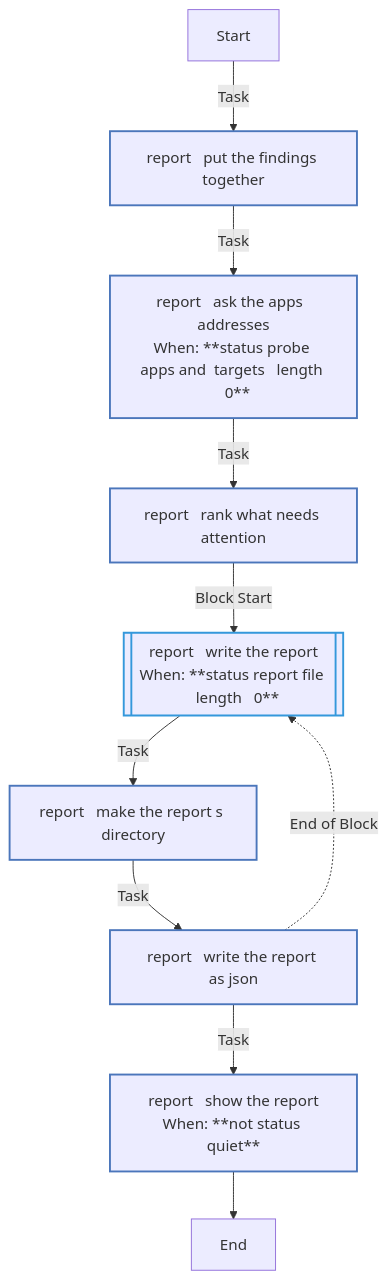
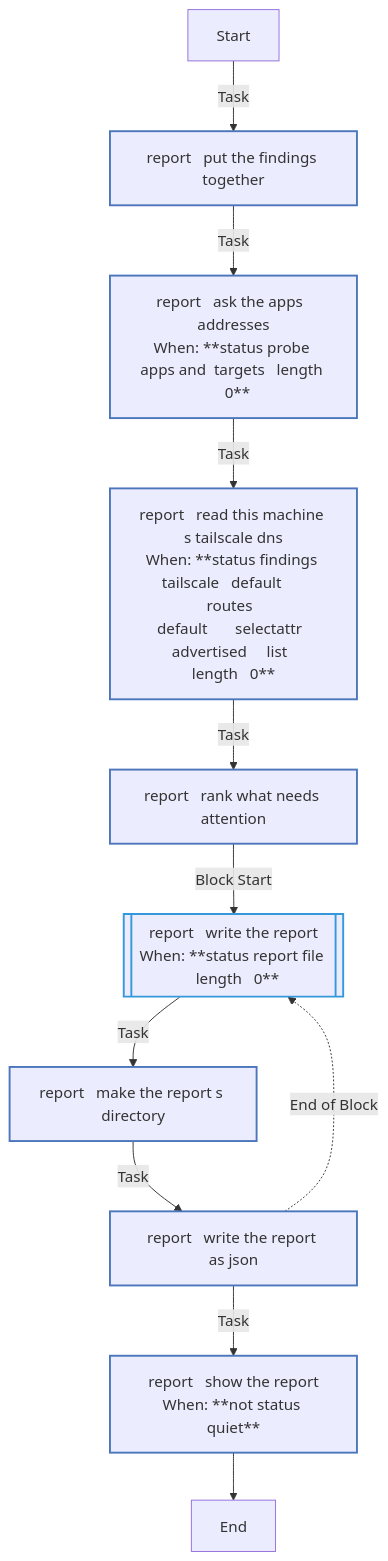
Before and after one commit to kawadeomkar/homeserver: the fourth of 4 diagrams in roles/status/REFERENCE.md, drawn with Mermaid. The commit also changed other lines of this file and 26 other files, not shown here.

````diff
--- a/roles/status/REFERENCE.md
+++ b/roles/status/REFERENCE.md
@@ -703,22 +715,23 @@
 ```mermaid
 flowchart TD
 Start
 classDef block stroke:#3498db,stroke-width:2px;
 classDef task stroke:#4b76bb,stroke-width:2px;
 classDef includeTasks stroke:#16a085,stroke-width:2px;
 classDef importTasks stroke:#34495e,stroke-width:2px;
 classDef includeRole stroke:#2980b9,stroke-width:2px;
 classDef importRole stroke:#699ba7,stroke-width:2px;
 classDef includeVars stroke:#8e44ad,stroke-width:2px;
 classDef rescue stroke:#665352,stroke-width:2px;
 
   Start-->|Task| report___Put_the_findings_together0[report   put the findings together]:::task
   report___Put_the_findings_together0-->|Task| report___Ask_the_apps__addresses1[report   ask the apps  addresses<br>When: **status probe apps and  targets   length   0**]:::task
-  report___Ask_the_apps__addresses1-->|Task| report___Rank_what_needs_attention2[report   rank what needs attention]:::task
-  report___Rank_what_needs_attention2-->|Block Start| report___Write_the_report3_block_start_0[[report   write the report<br>When: **status report file   length   0**]]:::block
-  report___Write_the_report3_block_start_0-->|Task| report___Make_the_report_s_directory0[report   make the report s directory]:::task
+  report___Ask_the_apps__addresses1-->|Task| report___Read_this_machine_s_Tailscale_DNS2[report   read this machine s tailscale dns<br>When: **status findings tailscale   default      routes  <br>default       selectattr  advertised     list  <br>length   0**]:::task
+  report___Read_this_machine_s_Tailscale_DNS2-->|Task| report___Rank_what_needs_attention3[report   rank what needs attention]:::task
+  report___Rank_what_needs_attention3-->|Block Start| report___Write_the_report4_block_start_0[[report   write the report<br>When: **status report file   length   0**]]:::block
+  report___Write_the_report4_block_start_0-->|Task| report___Make_the_report_s_directory0[report   make the report s directory]:::task
   report___Make_the_report_s_directory0-->|Task| report___Write_the_report_as_JSON1[report   write the report as json]:::task
-  report___Write_the_report_as_JSON1-.->|End of Block| report___Write_the_report3_block_start_0
-  report___Write_the_report_as_JSON1-->|Task| report___Show_the_report4[report   show the report<br>When: **not status quiet**]:::task
-  report___Show_the_report4-->End
+  report___Write_the_report_as_JSON1-.->|End of Block| report___Write_the_report4_block_start_0
+  report___Write_the_report_as_JSON1-->|Task| report___Show_the_report5[report   show the report<br>When: **not status quiet**]:::task
+  report___Show_the_report5-->End
 ```
````
